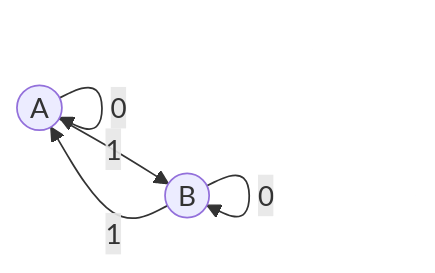
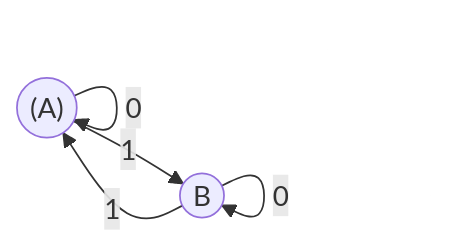
One commit to James-Ansley/python-fsa changed the first of 2 diagrams in README.md. Above: the diagram before and after it, drawn with Mermaid. The commit also changed other lines of this file, not shown here.

````diff
--- a/README.md
+++ b/README.md
@@ -18,8 +18,8 @@
 ```mermaid
 graph LR
-    A((A)) & B((B))
+    A(("(A)")) & B((B))
     A -->|0| A
     A -->|1| B
     B -->|0| B
     B -->|1| A
 ```
````
